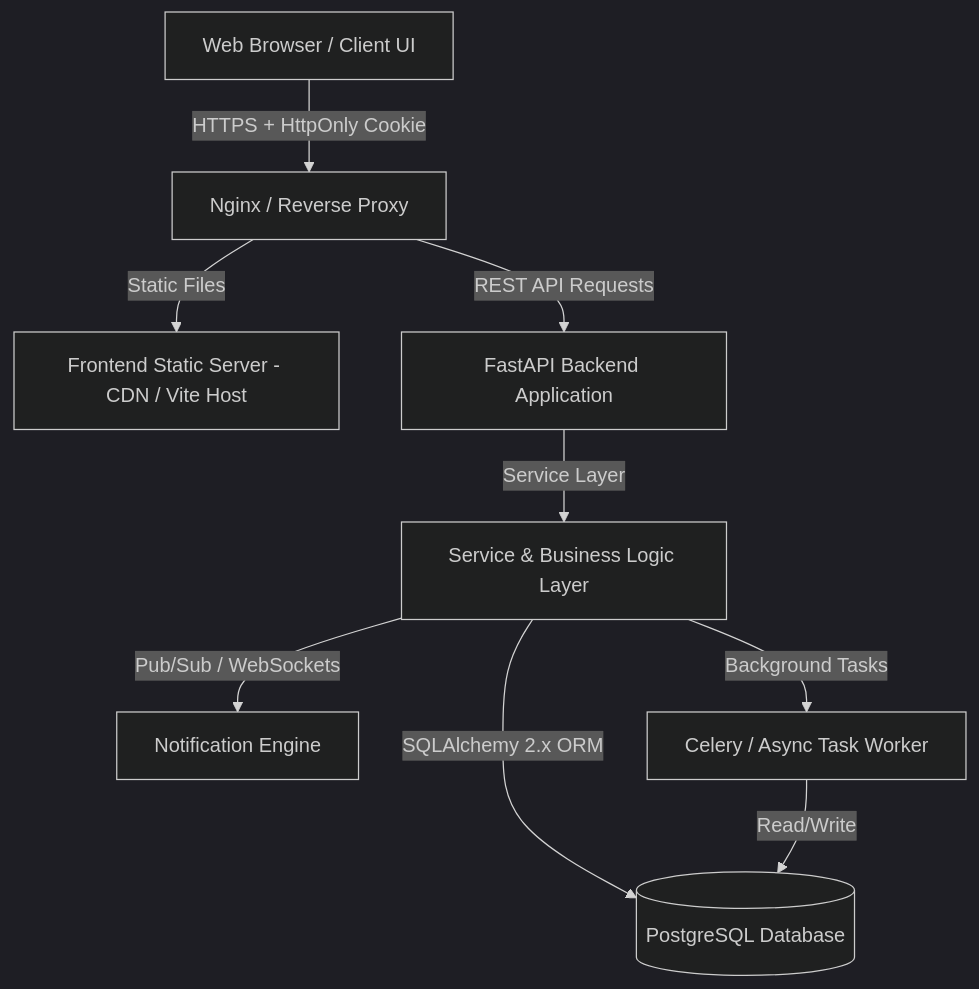
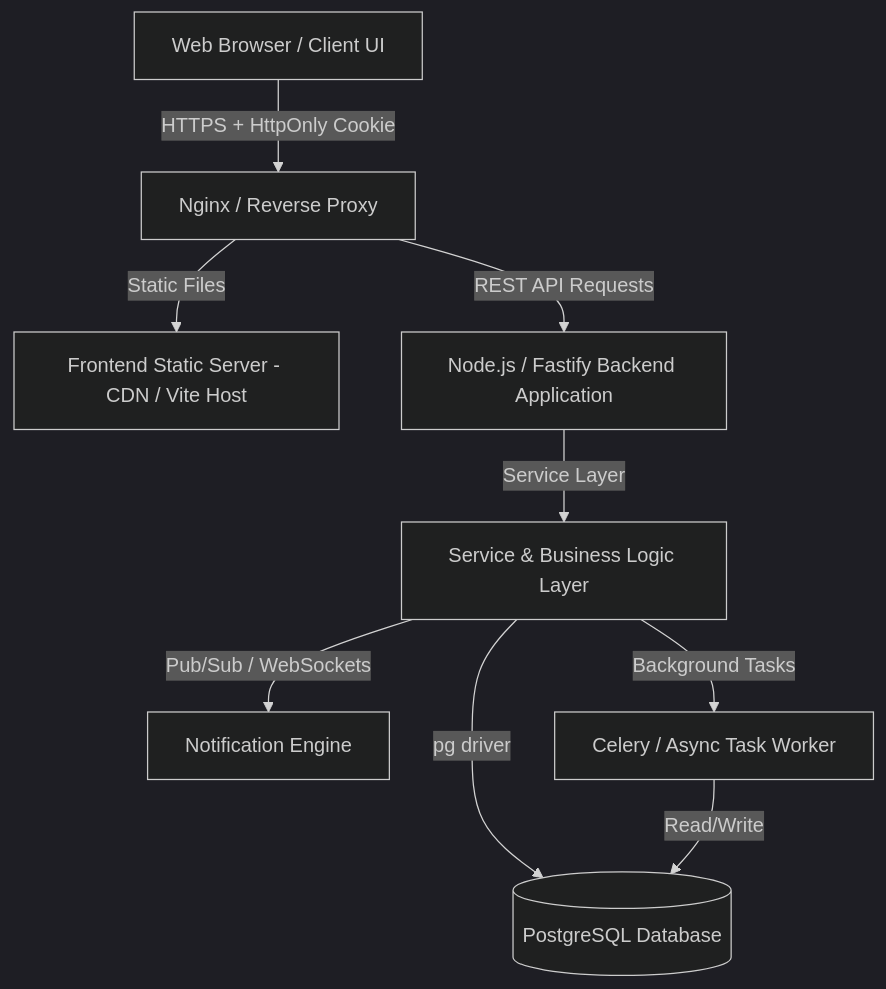
Before and after one commit to Harims47/Hotel_WebApp_v2: the diagram in docs/architecture/SYSTEM_ARCHITECTURE.md, drawn with Mermaid (dark theme). The commit also changed other lines of this file and 216 other files, not shown here.

Commit message:
feat: implement security middleware and document API, testing, and system architecture strategies

````diff
--- a/docs/architecture/SYSTEM_ARCHITECTURE.md
+++ b/docs/architecture/SYSTEM_ARCHITECTURE.md
@@ -7,11 +7,11 @@
 ```mermaid
 graph TD
     Browser[Web Browser / Client UI] -->|HTTPS + HttpOnly Cookie| Proxy[Nginx / Reverse Proxy]
     Proxy -->|Static Files| Frontend[Frontend Static Server - CDN / Vite Host]
-    Proxy -->|REST API Requests| FastAPI[FastAPI Backend Application]
-    FastAPI -->|Service Layer| Services[Service & Business Logic Layer]
-    Services -->|SQLAlchemy 2.x ORM| PostgreSQL[(PostgreSQL Database)]
+    Proxy -->|REST API Requests| Fastify[Node.js / Fastify Backend Application]
+    Fastify -->|Service Layer| Services[Service & Business Logic Layer]
+    Services -->|pg driver| PostgreSQL[(PostgreSQL Database)]
     Services -->|Pub/Sub / WebSockets| Notifications[Notification Engine]
     Services -->|Background Tasks| Tasks[Celery / Async Task Worker]
     Tasks -->|Read/Write| PostgreSQL
 ```
````
